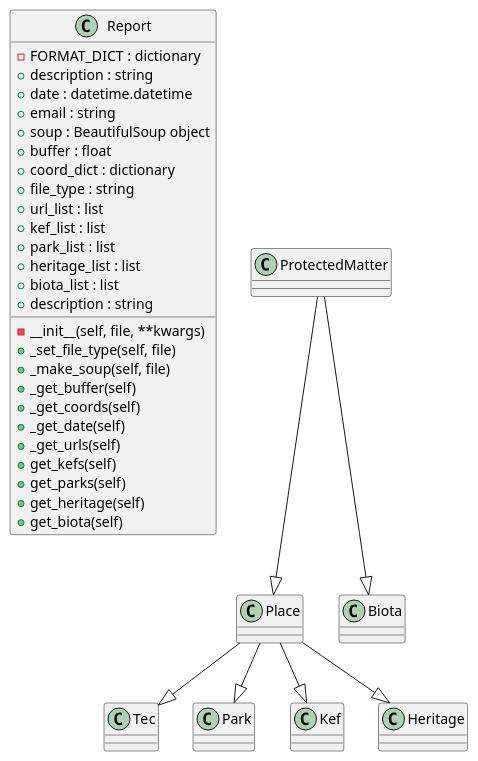
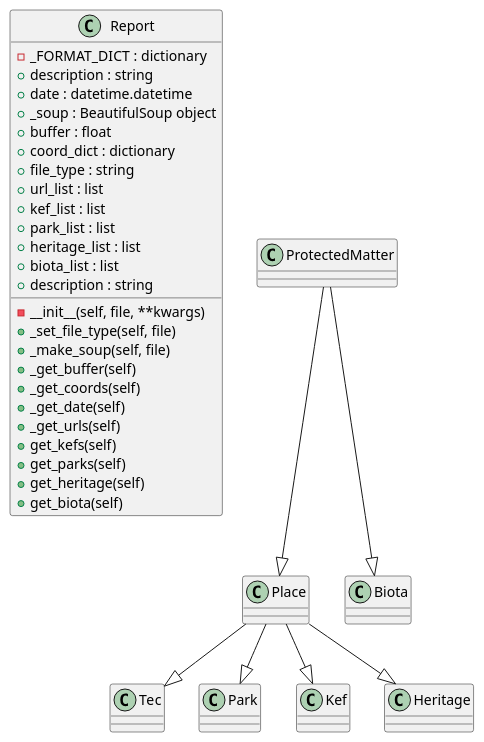
Before and after one commit to Chizzy101/PMST-application: the diagram in Readme.md, drawn with PlantUML. The commit also changed other lines of this file and 11 other files, not shown here.

````diff
--- a/Readme.md
+++ b/Readme.md
@@ -112,40 +112,39 @@
 ```PlantUML
 @startuml
 ' Base class for all protected matters
 class Report{
--FORMAT_DICT : dictionary
+-_FORMAT_DICT : dictionary
 +description : string
 +date : datetime.datetime
-+email : string
-+soup : BeautifulSoup object
++_soup : BeautifulSoup object
 +buffer : float
 +coord_dict : dictionary
 +file_type : string
 +url_list : list
 +kef_list : list
 +park_list : list
 +heritage_list : list
 +biota_list : list
 +description : string
 
 -__init__(self, file, **kwargs)
 +_set_file_type(self, file)
 +_make_soup(self, file)
 +_get_buffer(self)
 +_get_coords(self)
 +_get_date(self)
 +_get_urls(self)
 +get_kefs(self)
 +get_parks(self)
 +get_heritage(self)
 +get_biota(self)
 }
 
 ProtectedMatter --|> Place
 ProtectedMatter --|> Biota
 Place --|> Tec
 Place --|> Park
 Place --|> Kef
 Place --|> Heritage
 @enduml
 ```
````
